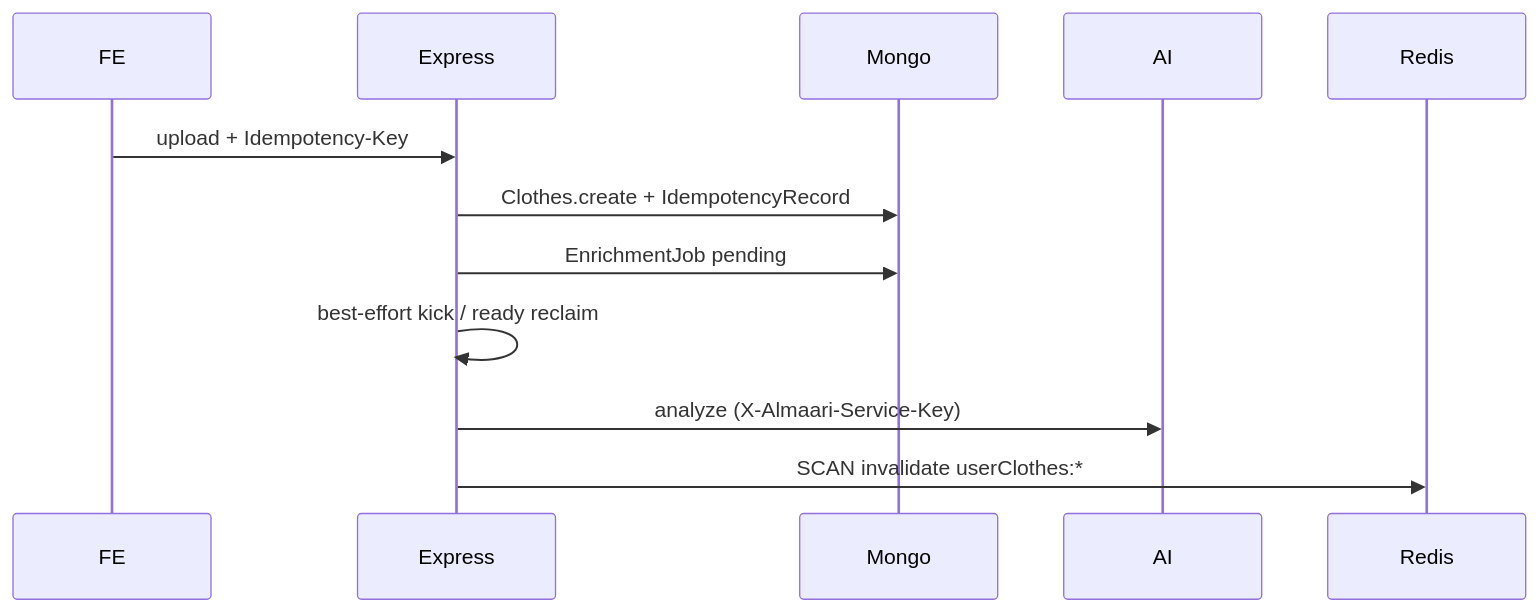
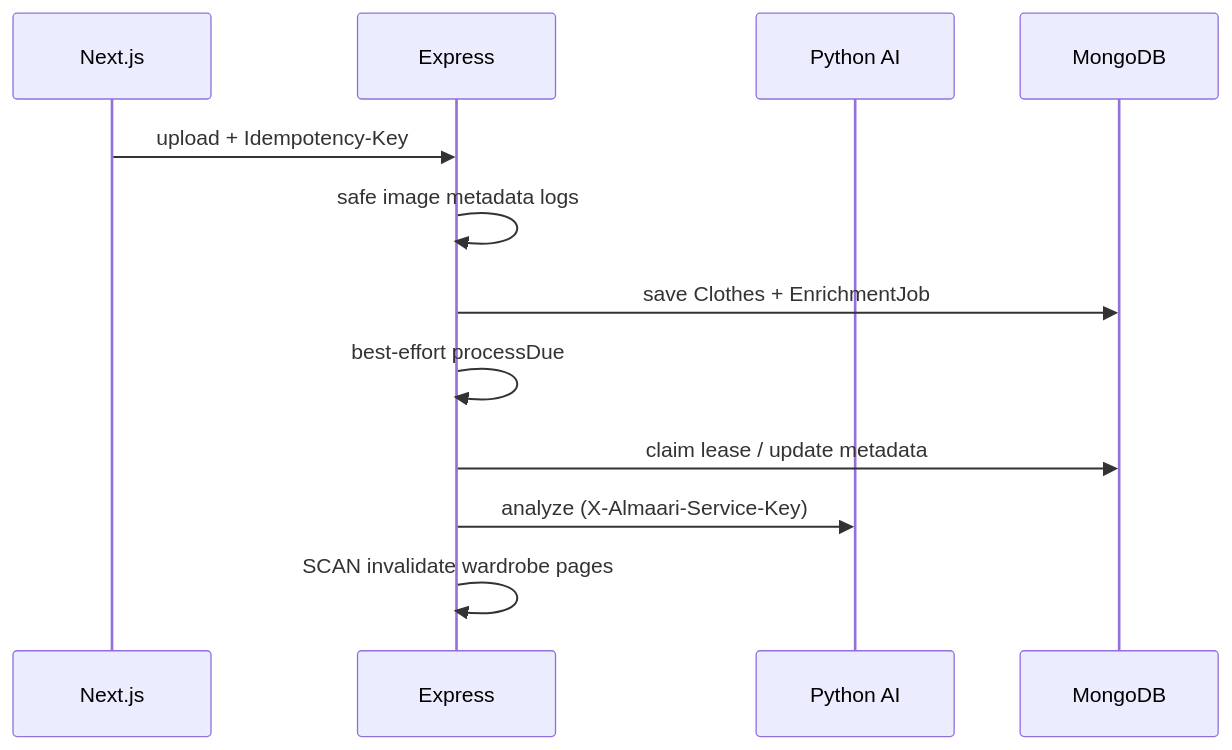
One commit to manveer-sohal/AlmaariOrganized changed the second of 4 diagrams in docs/architecture/ALMAARI_P0_P1_IMPLEMENTATION.md. Above: the diagram before and after it, drawn with Mermaid. The commit also changed other lines of this file and 1 other file, not shown here.

````diff
--- a/docs/architecture/ALMAARI_P0_P1_IMPLEMENTATION.md
+++ b/docs/architecture/ALMAARI_P0_P1_IMPLEMENTATION.md
@@ -340,9 +411,14 @@
 ```mermaid
 sequenceDiagram
-  FE->>Express: upload + Idempotency-Key
-  Express->>Mongo: Clothes.create + IdempotencyRecord
-  Express->>Mongo: EnrichmentJob pending
-  Express->>Express: best-effort kick / ready reclaim
-  Express->>AI: analyze (X-Almaari-Service-Key)
-  Express->>Redis: SCAN invalidate userClothes:*
+  participant FE as Next.js
+  participant API as Express
+  participant PY as Python AI
+  participant DB as MongoDB
+  FE->>API: upload + Idempotency-Key
+  API->>API: safe image metadata logs
+  API->>DB: save Clothes + EnrichmentJob
+  API->>API: best-effort processDue
+  API->>DB: claim lease / update metadata
+  API->>PY: analyze (X-Almaari-Service-Key)
+  API->>API: SCAN invalidate wardrobe pages
 ```
````
